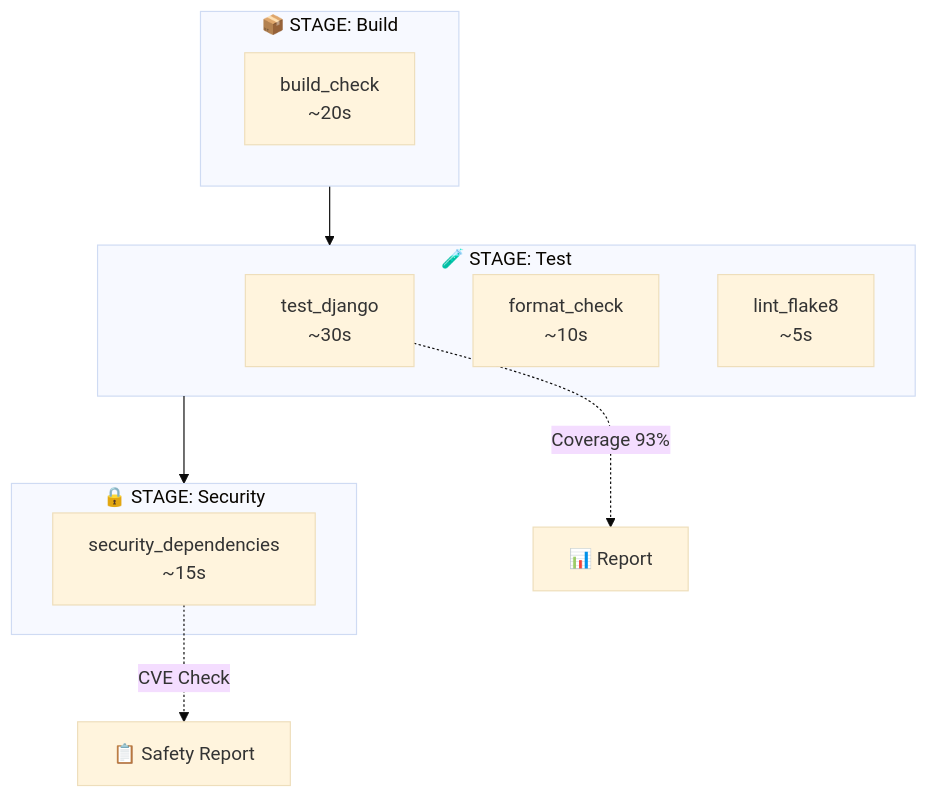
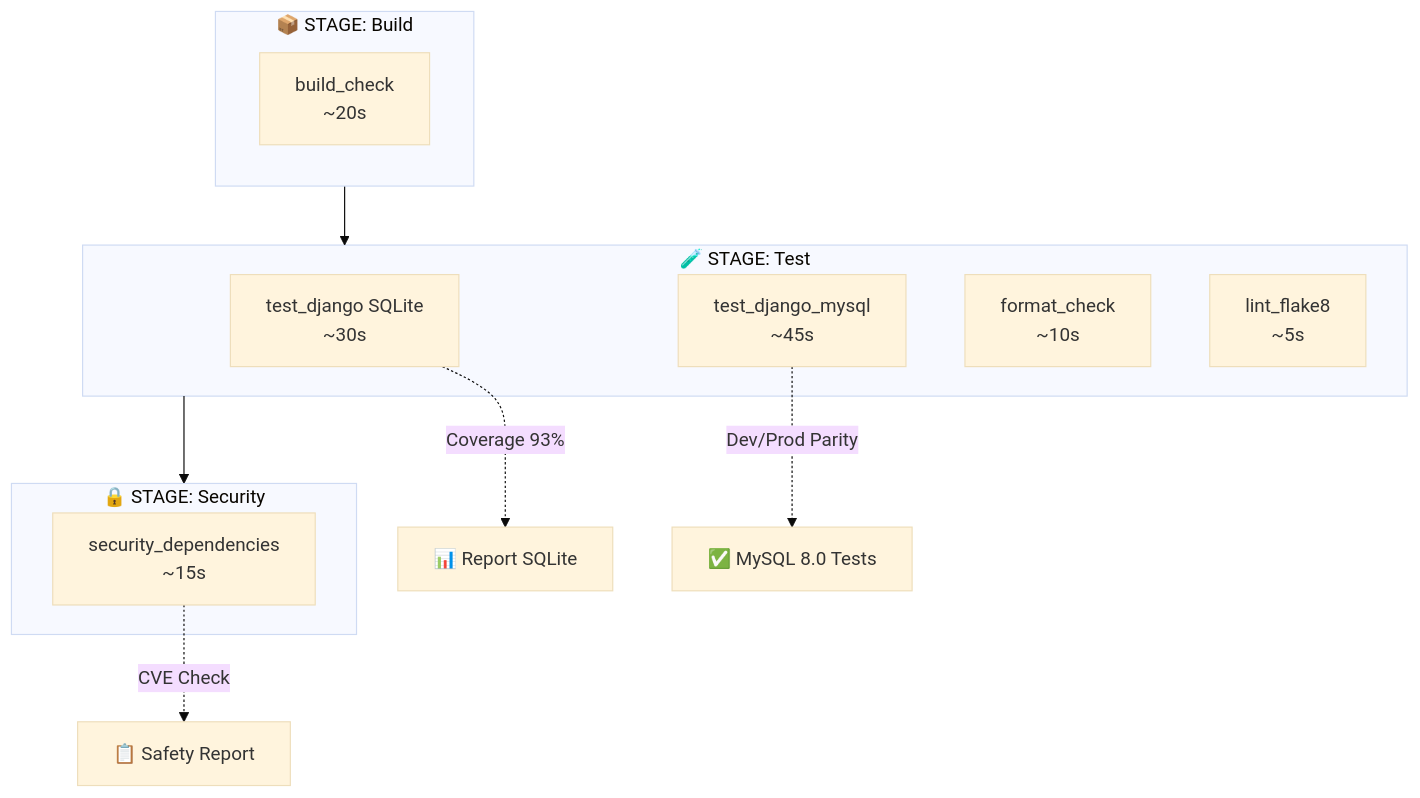
Diagram 15 of 25 in appunti.md (lucadileo9/dev-experiments), drawn with Mermaid (base theme) before and after one commit. The commit also changed other lines of this file, not shown here.

````diff
--- a/appunti.md
+++ b/appunti.md
@@ -1497,22 +1497,24 @@
 ```mermaid
 flowchart TD
     subgraph Stage1["📦 STAGE: Build"]
         B1[build_check<br/>~20s]
     end
     
     subgraph Stage2["🧪 STAGE: Test"]
-        T1[test_django<br/>~30s]
+        T1[test_django SQLite<br/>~30s]
+        T4[test_django_mysql<br/>~45s]
         T2[format_check<br/>~10s]
         T3[lint_flake8<br/>~5s]
     end
     
     subgraph Stage3["🔒 STAGE: Security"]
         S1[security_dependencies<br/>~15s]
     end
     
     Stage1 --> Stage2
     Stage2 --> Stage3
     
-    T1 -.->|Coverage 93%| R1[📊 Report]
+    T1 -.->|Coverage 93%| R1[📊 Report SQLite]
+    T4 -.->|Dev/Prod Parity| R3[✅ MySQL 8.0 Tests]
     S1 -.->|CVE Check| R2[📋 Safety Report]
 ```
````
